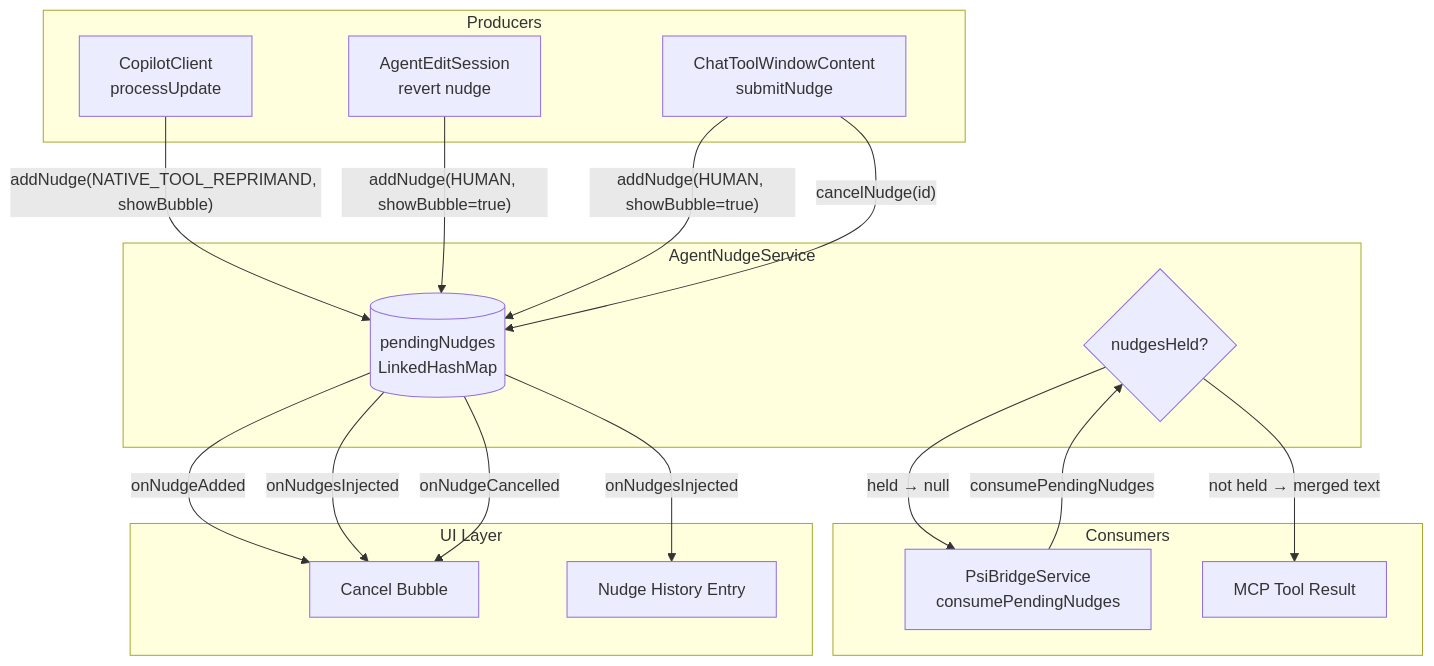
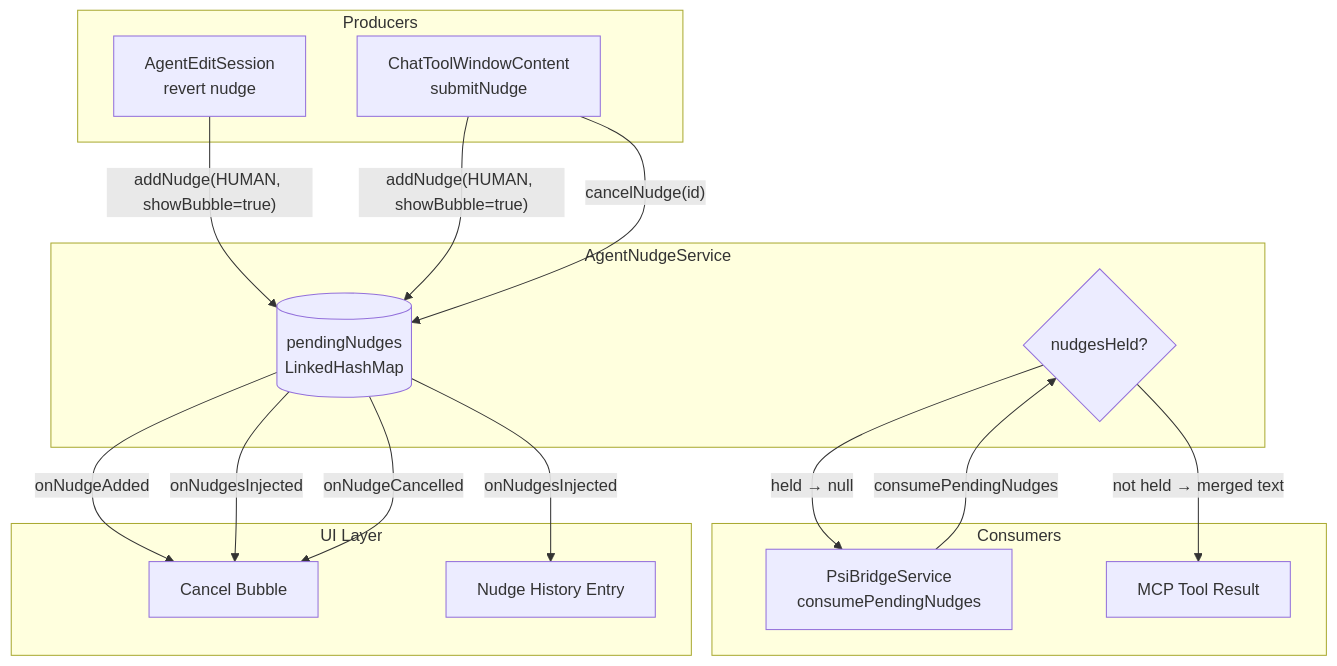
One commit to catatafishen/agentbridge changed the first of 2 diagrams in docs/NUDGE-ARCHITECTURE.md. Above: the diagram before and after it, drawn with Mermaid. The commit also changed other lines of this file and 5 other files, not shown here.

````diff
--- a/docs/NUDGE-ARCHITECTURE.md
+++ b/docs/NUDGE-ARCHITECTURE.md
@@ -40,35 +46,33 @@
 ```mermaid
 graph TD
     subgraph Producers
-        CC[CopilotClient<br/>processUpdate]
         AES[AgentEditSession<br/>revert nudge]
         UI[ChatToolWindowContent<br/>submitNudge]
     end
 
     subgraph AgentNudgeService
         Q[(pendingNudges<br/>LinkedHashMap)]
         HLD{nudgesHeld?}
     end
 
     subgraph Consumers
         PBS[PsiBridgeService<br/>consumePendingNudges]
         MCP[MCP Tool Result]
     end
 
     subgraph UI Layer
         BUB[Cancel Bubble]
         HIST[Nudge History Entry]
     end
 
-    CC -- " addNudge(NATIVE_TOOL_REPRIMAND, showBubble) " --> Q
     AES -- " addNudge(HUMAN, showBubble=true) " --> Q
     UI -- " addNudge(HUMAN, showBubble=true) " --> Q
     Q -- onNudgeAdded --> BUB
     PBS -- consumePendingNudges --> HLD
     HLD -- " held → null " --> PBS
     HLD -- " not held → merged text " --> MCP
     Q -- onNudgesInjected --> HIST
     Q -- onNudgesInjected --> BUB
     UI -- " cancelNudge(id) " --> Q
     Q -- onNudgeCancelled --> BUB
 ```
````
